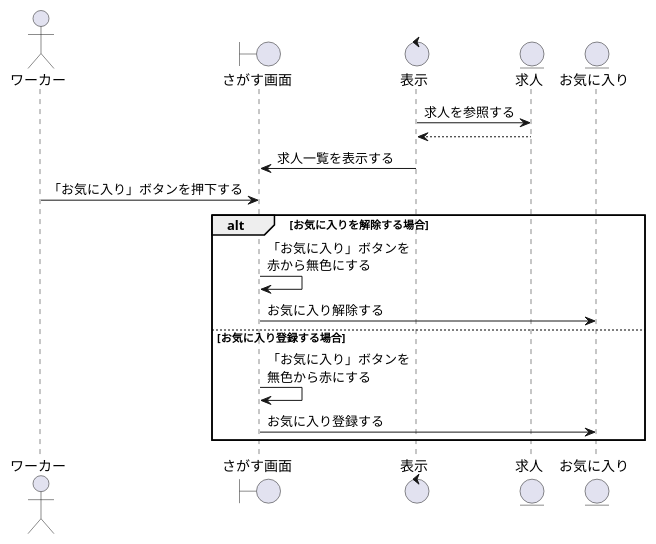
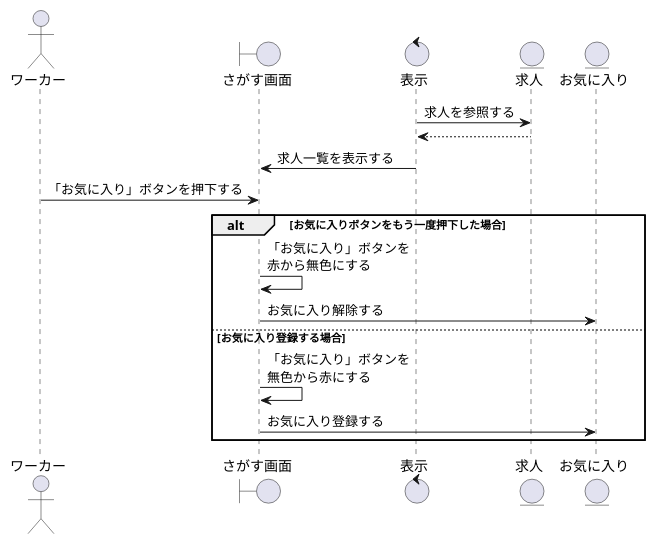
Before and after one commit to irukacb256/high_Me: the diagram in sequence_fig/2_search_fn/03_求人のお気に入りを設定する.pu, drawn with PlantUML. The commit also changed 6 other files, not shown here.

```diff
--- a/sequence_fig/2_search_fn/03_求人のお気に入りを設定する.pu
+++ b/sequence_fig/2_search_fn/03_求人のお気に入りを設定する.pu
@@ -1,27 +1,27 @@
 @startuml 求人のお気に入り設定をする
 
 ' 1
 actor    ワーカー    as wo1
 boundary さがす画面  as sc1
 control  表示        as co1
 entity   求人        as jb1
 entity   お気に入り   as fa1
 
 co1 -> jb1 : 求人を参照する
 jb1 --> co1 
 
 co1 -> sc1 : 求人一覧を表示する
 
 wo1 -> sc1 : 「お気に入り」ボタンを押下する
 
-alt お気に入りを解除する場合 
+alt お気に入りボタンをもう一度押下した場合 
     sc1 -> sc1 : 「お気に入り」ボタンを\n赤から無色にする
     sc1 -> fa1 : お気に入り解除する
 
 else お気に入り登録する場合
     sc1 -> sc1 : 「お気に入り」ボタンを\n無色から赤にする
     sc1 -> fa1 : お気に入り登録する
 
 end
 
 @enduml
```
